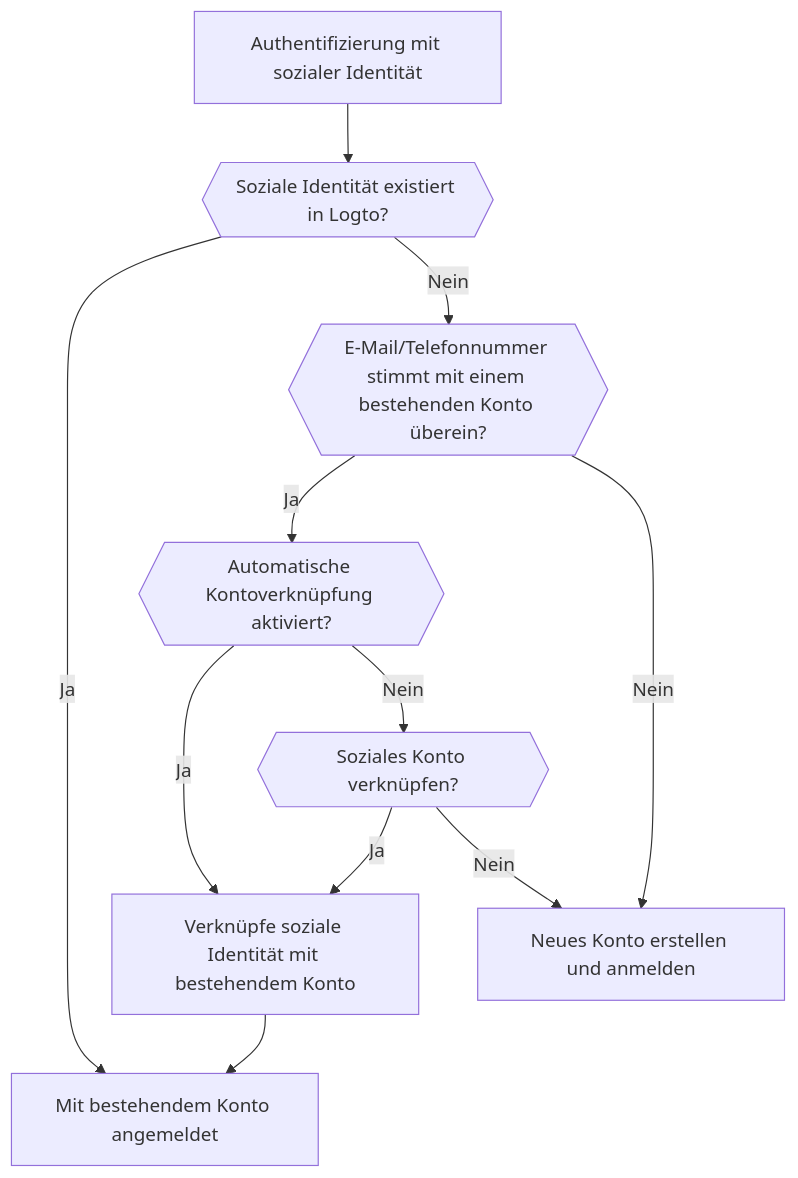
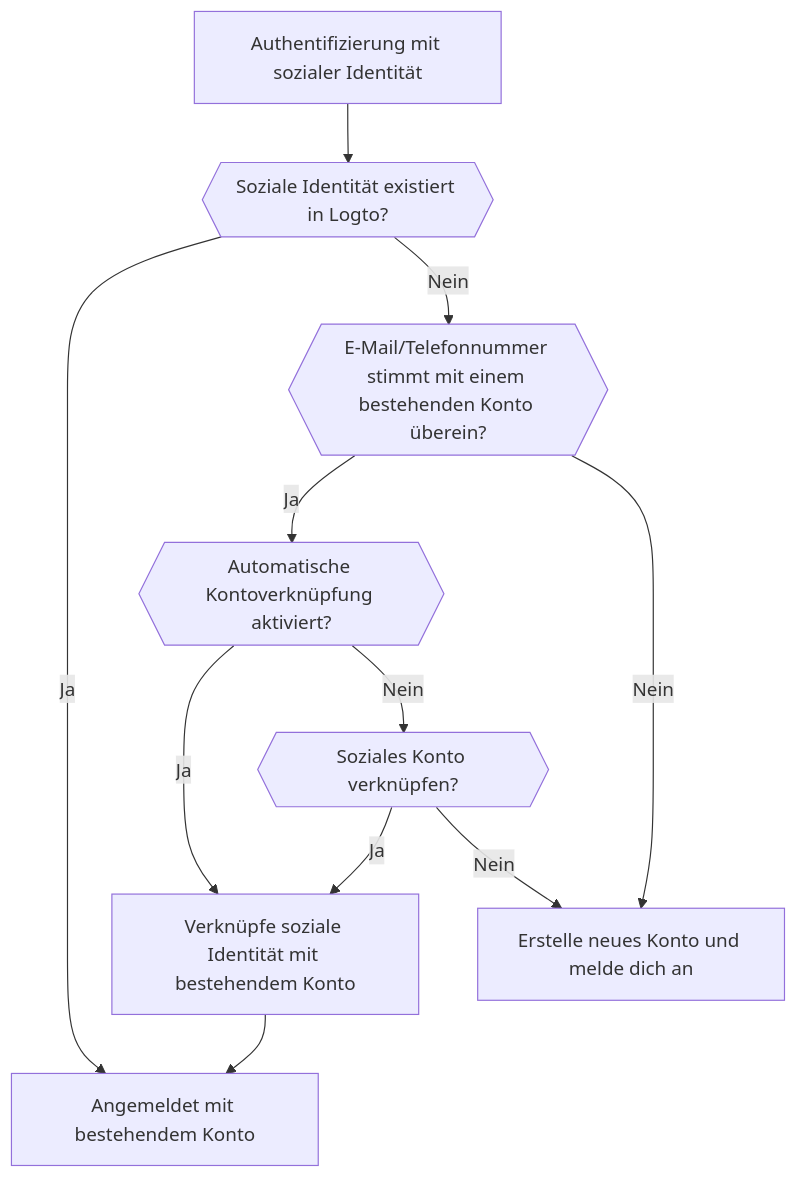
The third of 6 diagrams in i18n/de/docusaurus-plugin-content-docs/current/end-user-flows/sign-up-and-sign-in/social-sign-in.mdx (logto-io/docs), drawn with Mermaid before and after one commit. The commit also changed other lines of this file and 407 other files, not shown here.

````diff
--- a/i18n/de/docusaurus-plugin-content-docs/current/end-user-flows/sign-up-and-sign-in/social-sign-in.mdx
+++ b/i18n/de/docusaurus-plugin-content-docs/current/end-user-flows/sign-up-and-sign-in/social-sign-in.mdx
@@ -105,13 +105,13 @@
     ```mermaid
     flowchart TD
     A[Authentifizierung mit sozialer Identität] --> B{{Soziale Identität existiert in Logto?}}
-    B -- Ja --> C[Mit bestehendem Konto angemeldet]
+    B -- Ja --> C[Angemeldet mit bestehendem Konto]
     B -- Nein --> D{{E-Mail/Telefonnummer stimmt mit einem bestehenden Konto überein?}}
     D -- Ja --> E{{Automatische Kontoverknüpfung aktiviert?}}
     E -- Ja --> G[Verknüpfe soziale Identität mit bestehendem Konto]
     G --> C
-    D -- Nein --> H[Neues Konto erstellen und anmelden]
+    D -- Nein --> H[Erstelle neues Konto und melde dich an]
     E -- Nein --> I{{Soziales Konto verknüpfen?}}
     I -- Ja --> G
     I -- Nein --> H
     ```
````
